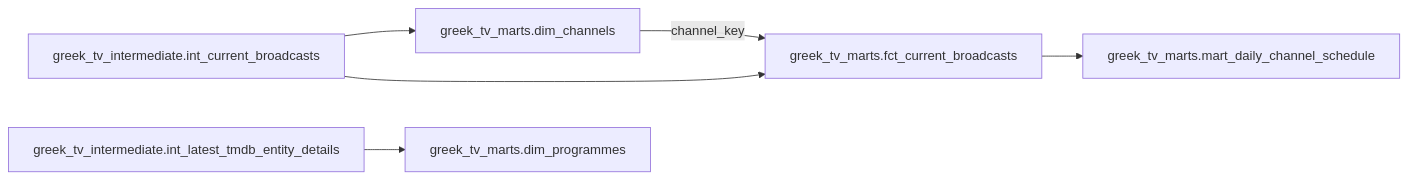
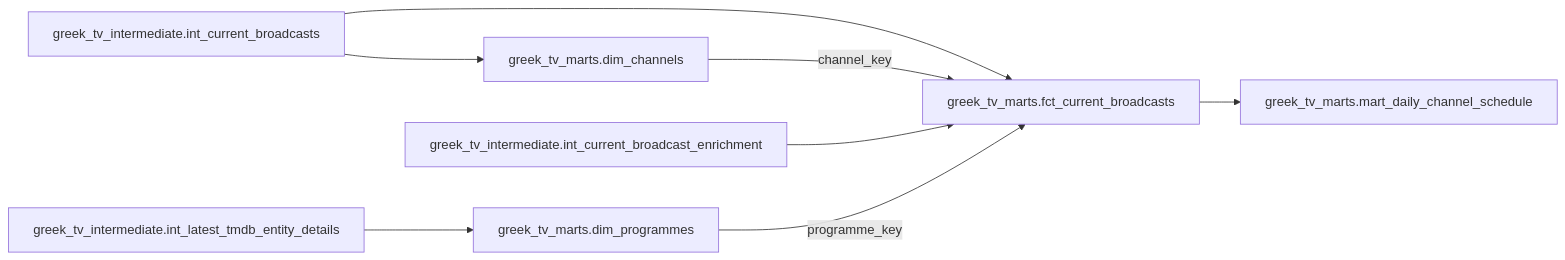
The seventh of 7 diagrams in docs/data-model.md (apantaz/greek-tv-highlights-radar), drawn with Mermaid before and after one commit. The commit also changed other lines of this file and 9 other files, not shown here.

Commit message:
feat: add programme identity to broadcast fact

````diff
--- a/docs/data-model.md
+++ b/docs/data-model.md
@@ -260,8 +260,10 @@
 ```mermaid
 flowchart LR
     current[greek_tv_intermediate.int_current_broadcasts] --> channels[greek_tv_marts.dim_channels]
     latest_details[greek_tv_intermediate.int_latest_tmdb_entity_details] --> programmes[greek_tv_marts.dim_programmes]
     current --> facts[greek_tv_marts.fct_current_broadcasts]
     channels -->|channel_key| facts
+    broadcast_enrichment[greek_tv_intermediate.int_current_broadcast_enrichment] --> facts
+    programmes -->|programme_key| facts
     facts --> daily[greek_tv_marts.mart_daily_channel_schedule]
 ```
````
